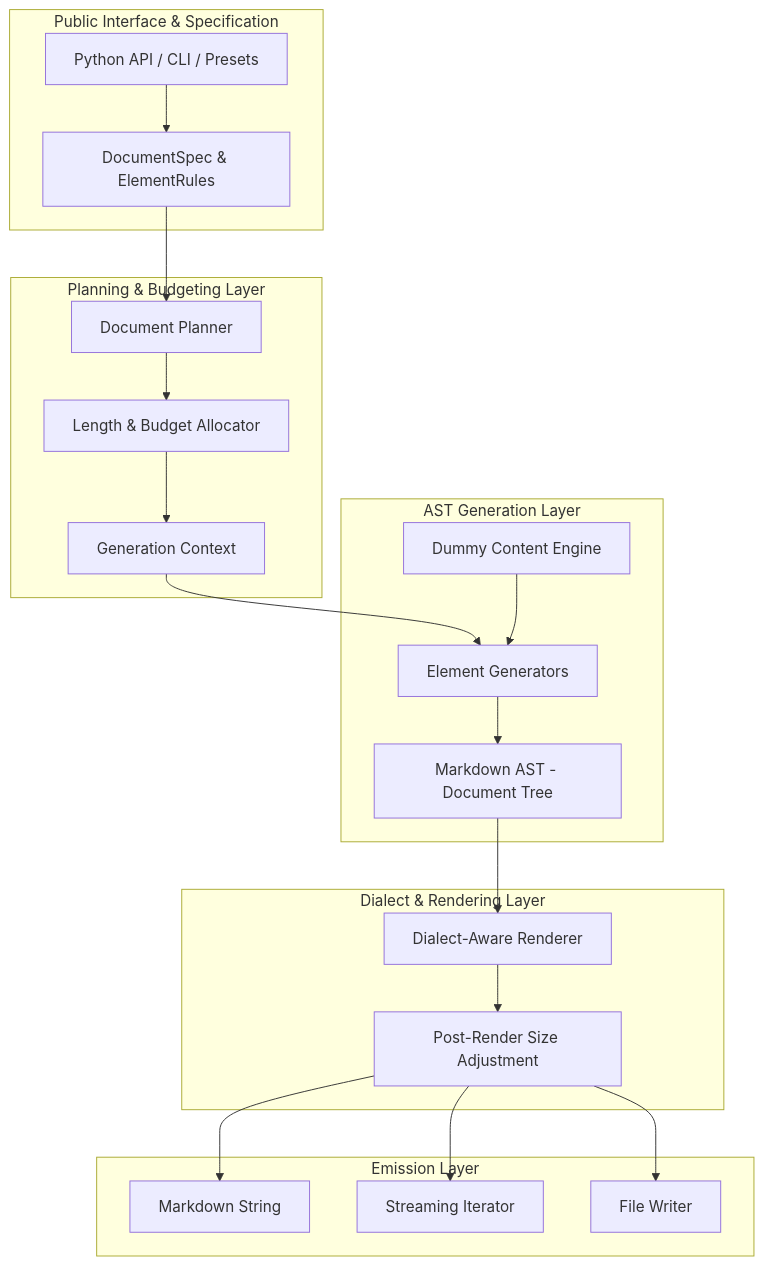
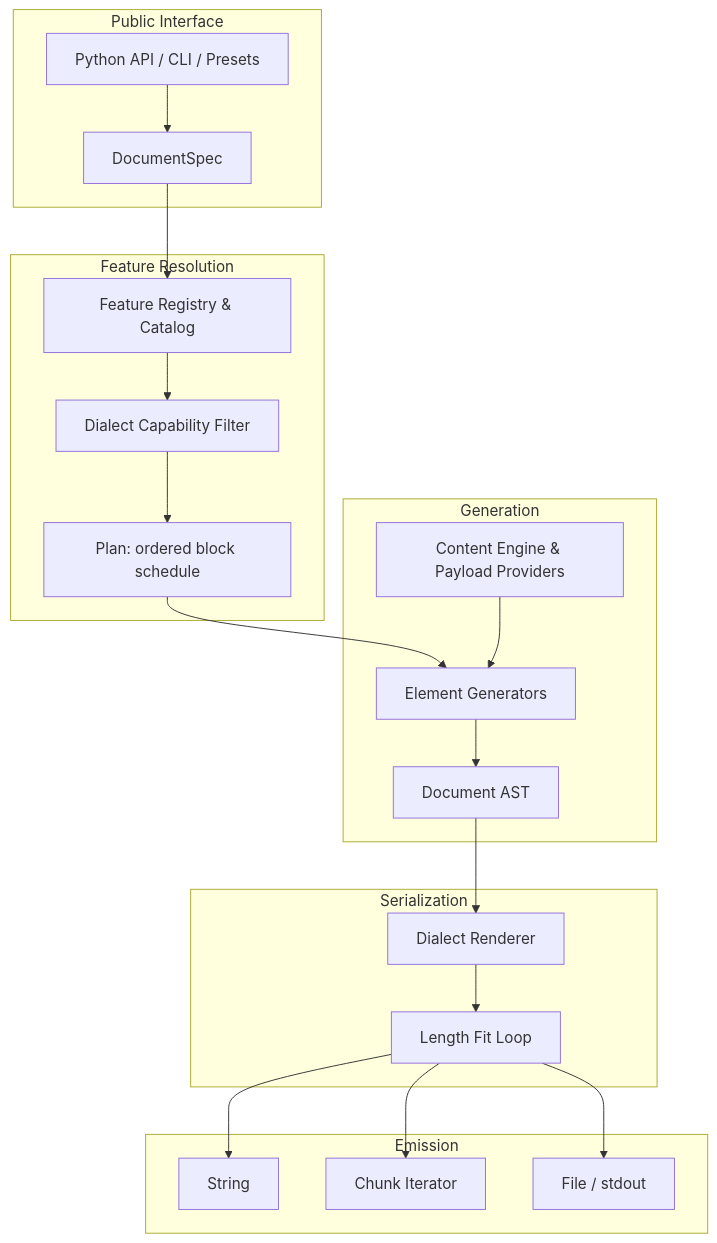
Before and after one commit to shakilapr/dummy-md: the first of 4 diagrams in ARCHITECTURE.md, drawn with Mermaid. The commit also changed other lines of this file and 1 other file, not shown here.

Commit message:
docs(architecture): formalize dialect-scoped feature model and generation tiers

````diff
--- a/ARCHITECTURE.md
+++ b/ARCHITECTURE.md
@@ -24,29 +66,29 @@
 ```mermaid
 flowchart TD
-    subgraph Input ["Public Interface & Specification"]
-        A[Python API / CLI / Presets] --> B[DocumentSpec & ElementRules]
+    subgraph Input["Public Interface"]
+        A[Python API / CLI / Presets] --> B[DocumentSpec]
     end
 
-    subgraph Planning ["Planning & Budgeting Layer"]
-        B --> C[Document Planner]
-        C --> D[Length & Budget Allocator]
-        D --> E[Generation Context]
+    subgraph Resolve["Feature Resolution"]
+        B --> C[Feature Registry & Catalog]
+        C --> D[Dialect Capability Filter]
+        D --> E[Plan: ordered block schedule]
     end
 
-    subgraph Generation ["AST Generation Layer"]
+    subgraph Generate["Generation"]
         E --> F[Element Generators]
-        G[Dummy Content Engine] --> F
-        F --> H[Markdown AST - Document Tree]
+        G[Content Engine & Payload Providers] --> F
+        F --> H[Document AST]
     end
 
-    subgraph Rendering ["Dialect & Rendering Layer"]
-        H --> I[Dialect-Aware Renderer]
-        I --> J[Post-Render Size Adjustment]
+    subgraph Render["Serialization"]
+        H --> I[Dialect Renderer]
+        I --> J[Length Fit Loop]
     end
 
-    subgraph Output ["Emission Layer"]
-        J --> K[Markdown String]
-        J --> L[Streaming Iterator]
-        J --> M[File Writer]
+    subgraph Emit["Emission"]
+        J --> K[String]
+        J --> L[Chunk Iterator]
+        J --> M[File / stdout]
     end
 ```
````
